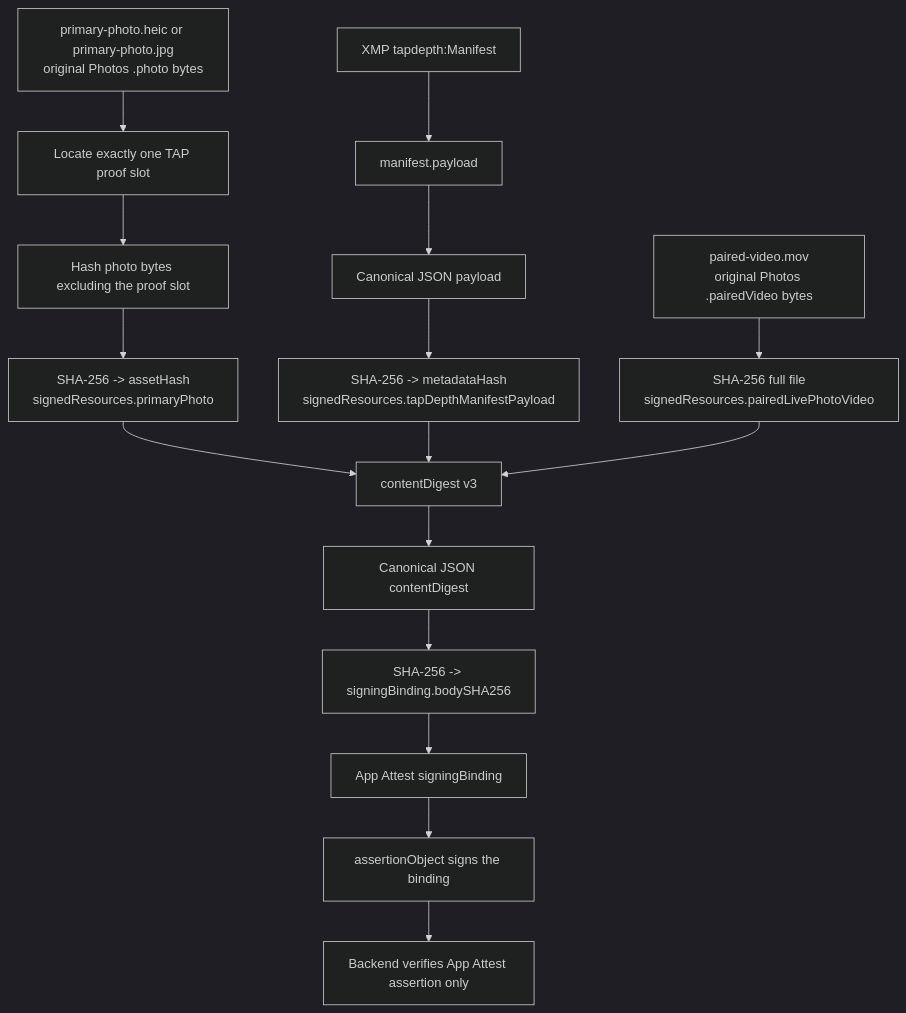
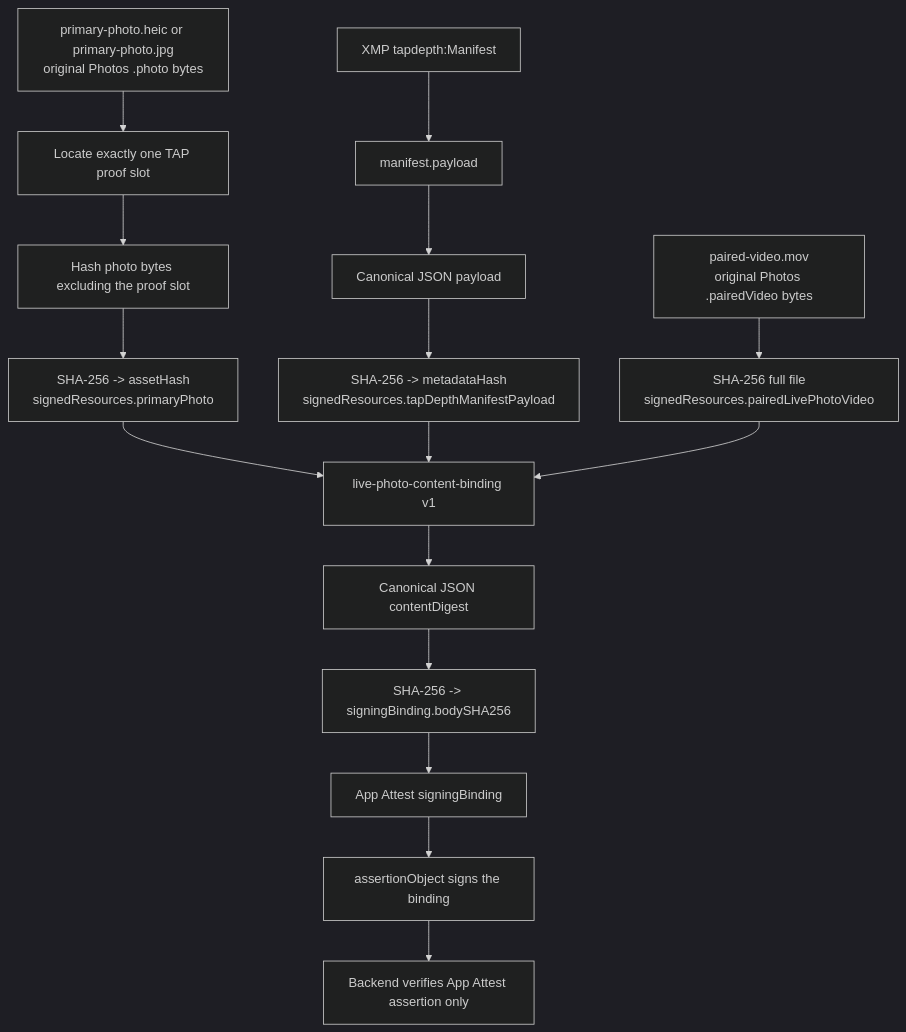
One commit to TAP-NAP/TAPCamDemo changed the diagram in Docs/LivePhotoBrowserVerification.md. Above: the diagram before and after it, drawn with Mermaid (dark theme). The commit also changed other lines of this file and 75 other files, not shown here.

````diff
--- a/Docs/LivePhotoBrowserVerification.md
+++ b/Docs/LivePhotoBrowserVerification.md
@@ -83,21 +83,21 @@
 ```mermaid
 flowchart TD
     Photo["primary-photo.heic or primary-photo.jpg<br/>original Photos .photo bytes"] --> ProofSlot["Locate exactly one TAP proof slot"]
     ProofSlot --> PhotoRange["Hash photo bytes excluding the proof slot"]
     PhotoRange --> PhotoHash["SHA-256 -> assetHash<br/>signedResources.primaryPhoto"]
 
     Manifest["XMP tapdepth:Manifest"] --> Payload["manifest.payload"]
     Payload --> CanonPayload["Canonical JSON payload"]
     CanonPayload --> PayloadHash["SHA-256 -> metadataHash<br/>signedResources.tapDepthManifestPayload"]
 
     Movie["paired-video.mov<br/>original Photos .pairedVideo bytes"] --> MovieHash["SHA-256 full file<br/>signedResources.pairedLivePhotoVideo"]
 
-    PhotoHash --> Digest["contentDigest v3"]
+    PhotoHash --> Digest["live-photo-content-binding v1"]
     PayloadHash --> Digest
     MovieHash --> Digest
     Digest --> DigestJSON["Canonical JSON contentDigest"]
     DigestJSON --> BodyHash["SHA-256 -> signingBinding.bodySHA256"]
     BodyHash --> SigningBinding["App Attest signingBinding"]
     SigningBinding --> Assertion["assertionObject signs the binding"]
     Assertion --> Backend["Backend verifies App Attest assertion only"]
 ```
````
